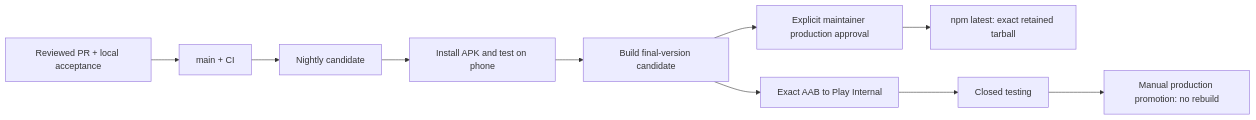
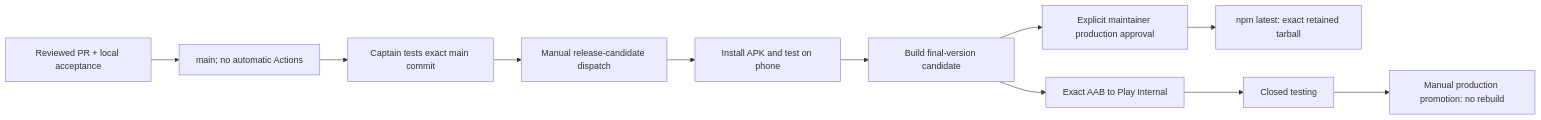
One commit to umeranjum17/muxr changed the diagram in docs/RELEASING.md. Above: the diagram before and after it, drawn with Mermaid. The commit also changed other lines of this file and 4 other files, not shown here.

Commit message:
ci: make release workflows manual-only

````diff
--- a/docs/RELEASING.md
+++ b/docs/RELEASING.md
@@ -5,12 +5,13 @@
 ```mermaid
 flowchart LR
- PR[Reviewed PR + local acceptance] --> MAIN[main + CI]
- MAIN --> NIGHTLY[Nightly candidate]
- NIGHTLY --> PHONE[Install APK and test on phone]
+ PR[Reviewed PR + local acceptance] --> MAIN[main; no automatic Actions]
+ MAIN --> TEST[Captain tests exact main commit]
+ TEST --> CANDIDATE[Manual release-candidate dispatch]
+ CANDIDATE --> PHONE[Install APK and test on phone]
  PHONE --> FINAL[Build final-version candidate]
  FINAL --> APPROVE[Explicit maintainer production approval]
  APPROVE --> NPM[npm latest: exact retained tarball]
  FINAL --> INTERNAL[Exact AAB to Play Internal]
  INTERNAL --> CLOSED[Closed testing]
  CLOSED --> PROD[Manual production promotion: no rebuild]
 ```
````
